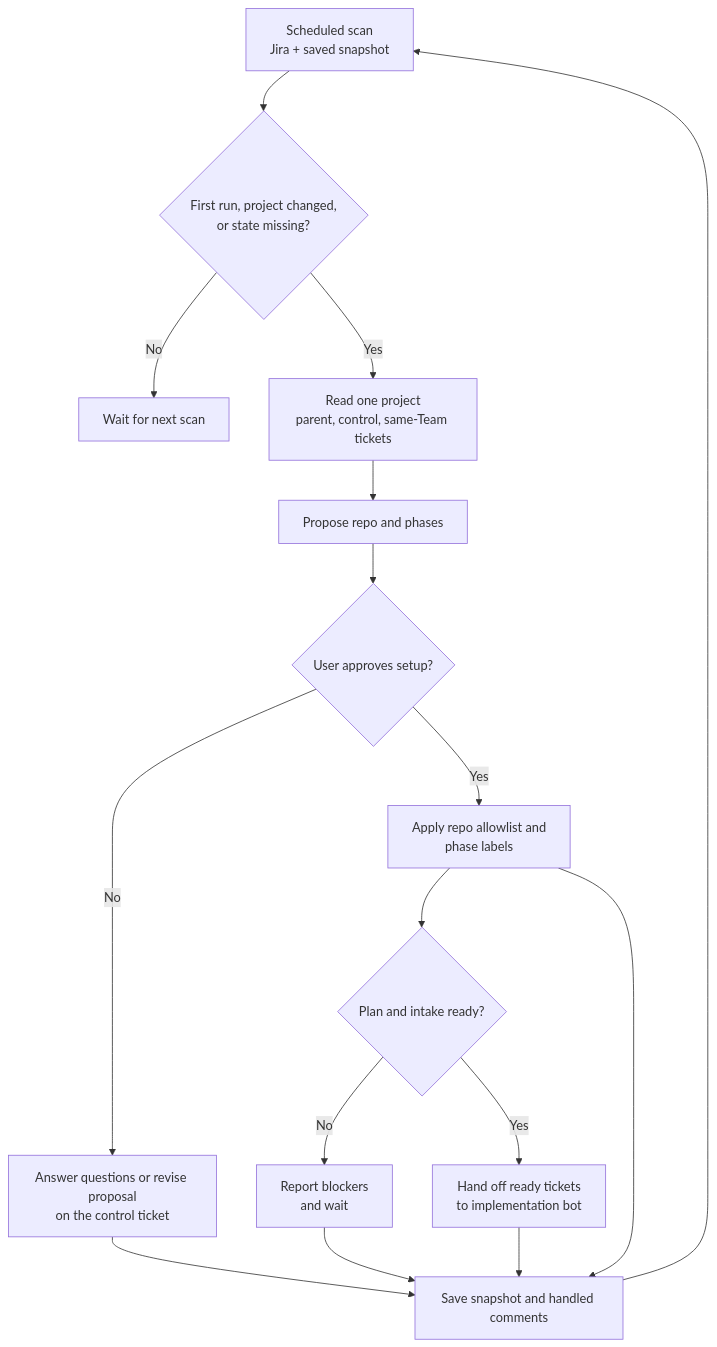
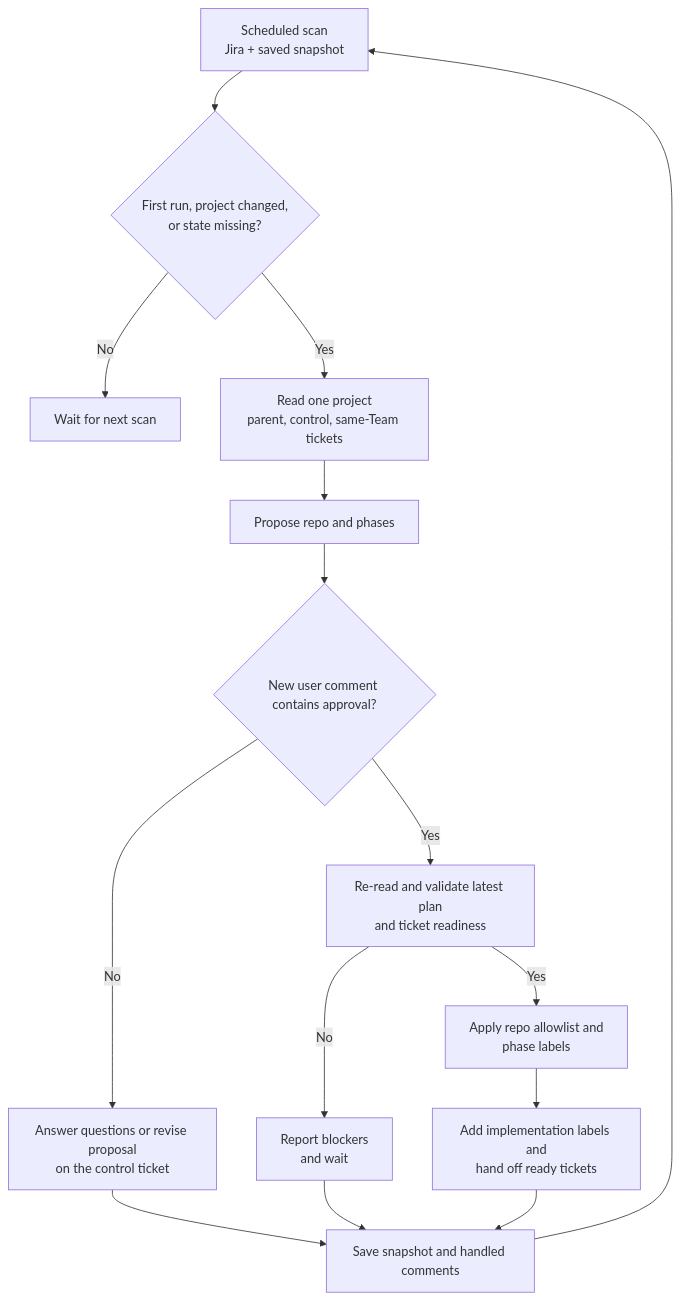
The diagram in README.md (Hyperkid123/fabric-access-ai-dev), drawn with Mermaid before and after one commit. The commit also changed other lines of this file and 6 other files, not shown here.

````diff
--- a/README.md
+++ b/README.md
@@ -165,18 +165,17 @@
 ```mermaid
 flowchart TD
     S["Scheduled scan<br/>Jira + saved snapshot"] --> C{"First run, project changed,<br/>or state missing?"}
     C -->|No| W["Wait for next scan"]
     C -->|Yes| R["Read one project<br/>parent, control, same-Team tickets"]
     R --> P["Propose repo and phases"]
-    P --> A{"User approves setup?"}
+    P --> A{"New user comment contains approval?"}
     A -->|No| Q["Answer questions or revise proposal<br/>on the control ticket"]
-    A -->|Yes| X["Apply repo allowlist and<br/>phase labels"]
-    X --> G{"Plan and intake ready?"}
+    A -->|Yes| G["Re-read and validate latest plan<br/>and ticket readiness"]
     G -->|No| B["Report blockers<br/>and wait"]
-    G -->|Yes| H["Hand off ready tickets<br/>to implementation bot"]
+    G -->|Yes| X["Apply repo allowlist and<br/>phase labels"]
+    X --> H["Add implementation labels and<br/>hand off ready tickets"]
     Q --> U["Save snapshot and handled comments"]
     B --> U
-    X --> U
     H --> U
     U --> S
 ```
````
